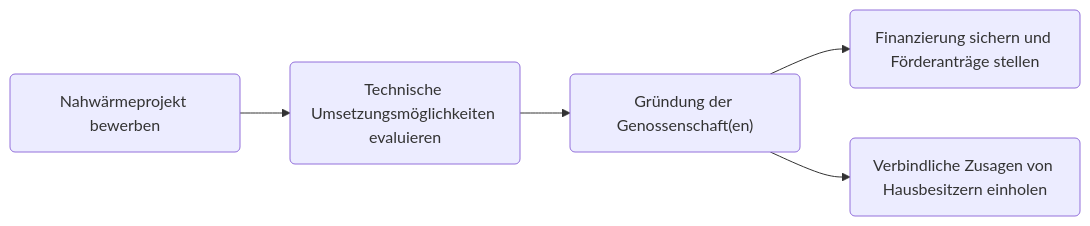
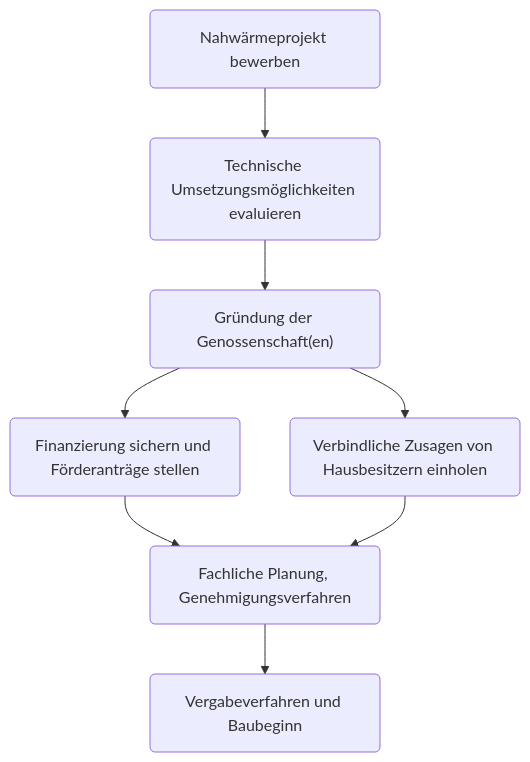
The diagram in content/grundlagen/zeitplan/_index.md (danthecowboy/gemeinsam-warm-website), drawn with Mermaid before and after one commit. The commit also changed other lines of this file and 19 other files, not shown here.

```diff
--- a/content/grundlagen/zeitplan/_index.md
+++ b/content/grundlagen/zeitplan/_index.md
@@ -36,7 +36,10 @@
 {{< mermaid >}}
-flowchart LR
+graph TB
     a("Nahwärmeprojekt bewerben") --> b("Technische Umsetzungsmöglichkeiten evaluieren")
     b --> d("Gründung der Genossenschaft(en)")
     d --> e("Finanzierung sichern und Förderanträge stellen")
     d --> f("Verbindliche Zusagen von Hausbesitzern einholen")
+    e --> g("Fachliche Planung, Genehmigungsverfahren")
+    f --> g("Fachliche Planung, Genehmigungsverfahren")
+    g --> h("Vergabeverfahren und Baubeginn")
 {{< /mermaid >}}
```
